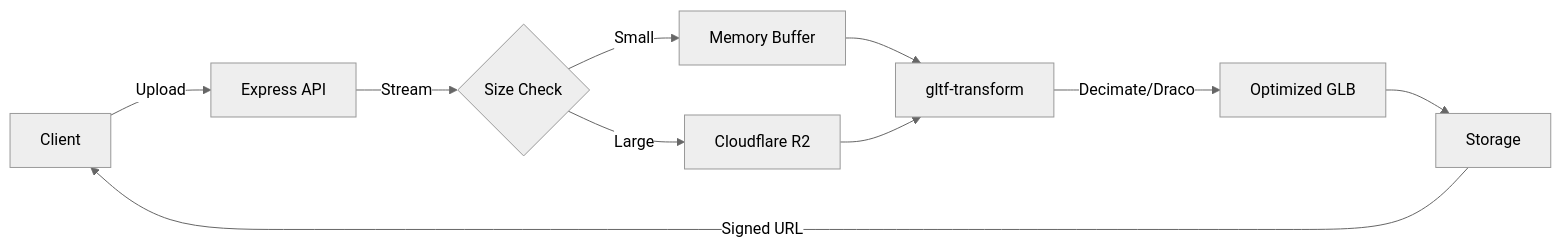
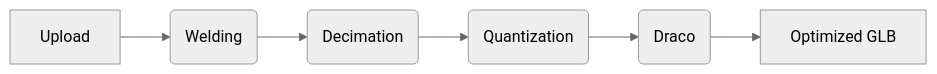
The diagram in README.md (Microck/glob), drawn with Mermaid (neutral theme) before and after one commit. The commit also changed other lines of this file, not shown here.

````diff
--- a/README.md
+++ b/README.md
@@ -89,11 +73,8 @@
 ```mermaid
 flowchart LR
-    A[Client] -->|Upload| B[Express API]
-    B -->|Stream| C{Size Check}
-    C -->|Small| D[Memory Buffer]
-    C -->|Large| E[Cloudflare R2]
-    D & E --> F[gltf-transform]
-    F -->|Decimate/Draco| G[Optimized GLB]
-    G --> H[Storage]
-    H -->|Signed URL| A
+    A[Upload] --> B(Welding)
+    B --> C(Decimation)
+    C --> D(Quantization)
+    D --> E(Draco)
+    E --> F[Optimized GLB]
 ```
````
